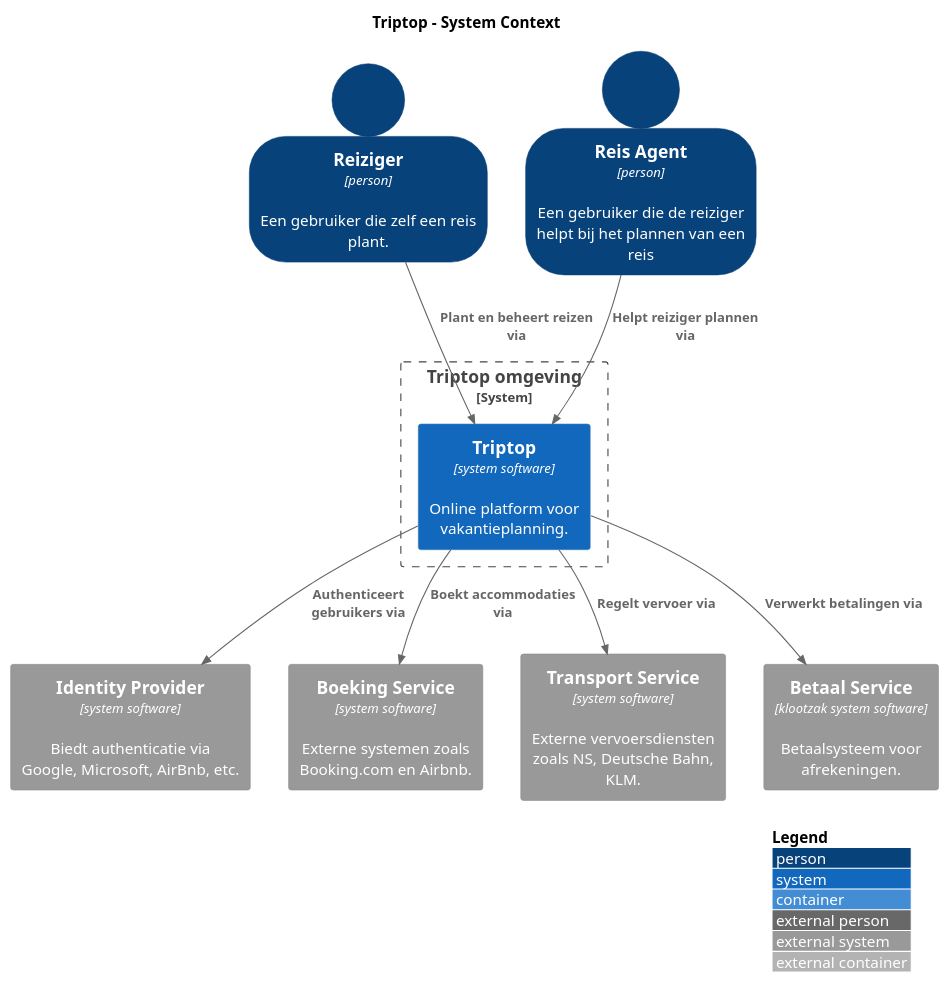
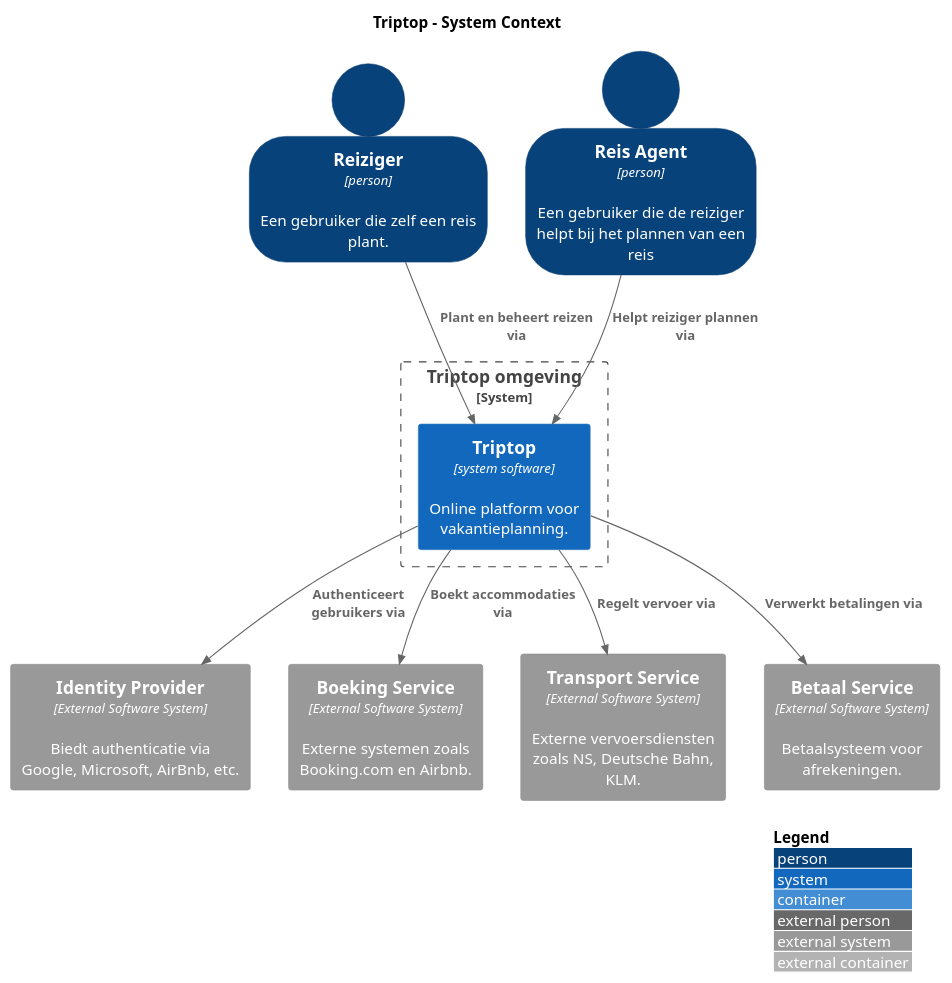
One commit to AIM-ENE-feb25/triptop-groep-3-pedro-ramon-mees changed the diagram in opdracht-diagrammen/Context_Diagram_Pedro.plantuml. Above: the diagram before and after it, drawn with PlantUML. The commit also changed 11 other files, not shown here.

Commit message:
Added dynamic diagrams and killed some bugs

```diff
--- a/opdracht-diagrammen/Context_Diagram_Pedro.plantuml
+++ b/opdracht-diagrammen/Context_Diagram_Pedro.plantuml
@@ -1,33 +1,33 @@
 @startuml Triptop
 title Triptop - System Context
 
 Top to bottom direction
 
 !include <C4/C4>
 !include <C4/C4_Context>
 !include https://raw.githubusercontent.com/plantuml-stdlib/C4-PlantUML/master/C4_Context.puml
 !include https://raw.githubusercontent.com/plantuml-stdlib/C4-PlantUML/master/C4_Container.puml
 SHOW_PERSON_OUTLINE()
 Person(Reiziger, "Reiziger", "Een gebruiker die zelf een reis plant.", $tags="person", $type="person")
 Person(ReisAgent, "Reis Agent", "Een gebruiker die de reiziger helpt bij het plannen van een reis", $tags="person",$type="person")
 
 
 
 System_Boundary(c1, "Triptop omgeving", $tags=".") {
     System(Triptop, "Triptop", "Online platform voor vakantieplanning.", $tags="software system",$type="system software")
 }
 
-System_Ext(IdentityProvider, "Identity Provider", "Biedt authenticatie via Google, Microsoft, AirBnb, etc.", $tags="software system",$type="system software")
-System_Ext(BoekingService, "Boeking Service", "Externe systemen zoals Booking.com en Airbnb.", $tags="software system",$type="system software")
-System_Ext(TransportService, "Transport Service", "Externe vervoersdiensten zoals NS, Deutsche Bahn, KLM.", $tags="software system",$type="system software")
-System_Ext(BetaalService, "Betaal Service", "Betaalsysteem voor afrekeningen.", $tags="software system",$type="klootzak system software")
+System_Ext(IdentityProvider, "Identity Provider", "Biedt authenticatie via Google, Microsoft, AirBnb, etc.", $tags="software system",$type="External Software System")
+System_Ext(BoekingService, "Boeking Service", "Externe systemen zoals Booking.com en Airbnb.", $tags="software system",$type="External Software System")
+System_Ext(TransportService, "Transport Service", "Externe vervoersdiensten zoals NS, Deutsche Bahn, KLM.", $tags="software system",$type="External Software System")
+System_Ext(BetaalService, "Betaal Service", "Betaalsysteem voor afrekeningen.", $tags="software system",$type="External Software System")
 AddExternalSystemTag(BetaalService, )
 Rel(Triptop, IdentityProvider, "Authenticeert gebruikers via")
 Rel(Triptop, BoekingService, "Boekt accommodaties via")
 Rel(Triptop, TransportService, "Regelt vervoer via")
 Rel(Triptop, BetaalService, "Verwerkt betalingen via")
 Rel(Reiziger, Triptop, "Plant en beheert reizen via")
 Rel(ReisAgent, Triptop, "Helpt reiziger plannen via")
 SHOW_LEGEND(true)
 LAYOUT_WITH_LEGEND()
 @enduml
```
